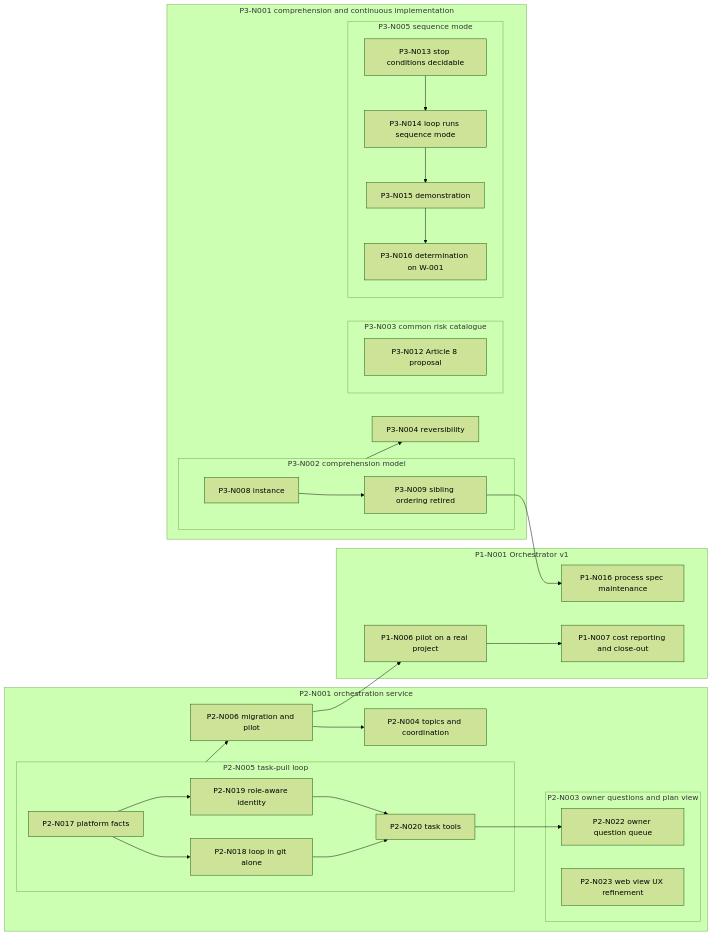
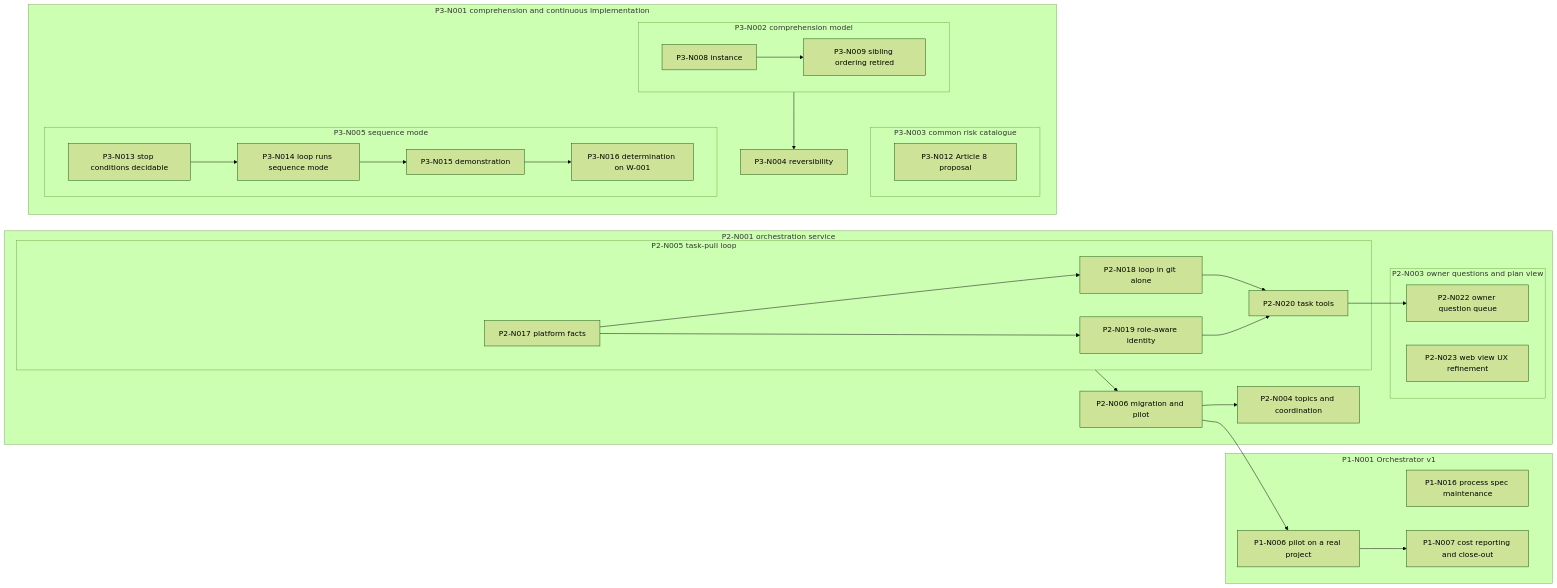
One commit to majodali/project-orchestrator changed the diagram in docs/plan.md. Above: the diagram before and after it, drawn with Mermaid (forest theme). The commit also changed other lines of this file and 8 other files, not shown here.

````diff
--- a/docs/plan.md
+++ b/docs/plan.md
@@ -512,49 +512,48 @@
 ```mermaid
 graph LR
   subgraph P1N001["P1-N001 Orchestrator v1"]
     P1N016["P1-N016 process spec maintenance"]
     P1N006["P1-N006 pilot on a real project"]
     P1N007["P1-N007 cost reporting and close-out"]
   end
   subgraph P2N001["P2-N001 orchestration service"]
     subgraph P2N003["P2-N003 owner questions and plan view"]
       P2N022["P2-N022 owner question queue"]
       P2N023["P2-N023 web view UX refinement"]
     end
     P2N004["P2-N004 topics and coordination"]
     subgraph P2N005["P2-N005 task-pull loop"]
       P2N017["P2-N017 platform facts"]
       P2N018["P2-N018 loop in git alone"]
       P2N019["P2-N019 role-aware identity"]
       P2N020["P2-N020 task tools"]
     end
     P2N006["P2-N006 migration and pilot"]
   end
   subgraph P3N001["P3-N001 comprehension and continuous implementation"]
     subgraph P3N002["P3-N002 comprehension model"]
       P3N008["P3-N008 instance"]
       P3N009["P3-N009 sibling ordering retired"]
     end
     subgraph P3N003["P3-N003 common risk catalogue"]
       P3N012["P3-N012 Article 8 proposal"]
     end
     P3N004["P3-N004 reversibility"]
     subgraph P3N005["P3-N005 sequence mode"]
       P3N013["P3-N013 stop conditions decidable"]
       P3N014["P3-N014 loop runs sequence mode"]
       P3N015["P3-N015 demonstration"]
       P3N016["P3-N016 determination on W-001"]
     end
   end
   P3N008 --> P3N009
   P3N013 --> P3N014 --> P3N015 --> P3N016
   P3N002 --> P3N004
   P2N017 --> P2N018 --> P2N020
   P2N017 --> P2N019 --> P2N020
   P2N020 --> P2N022
   P2N005 --> P2N006
   P2N006 --> P2N004
   P2N006 --> P1N006
   P1N006 --> P1N007
-  P3N009 --> P1N016
 ```
````
